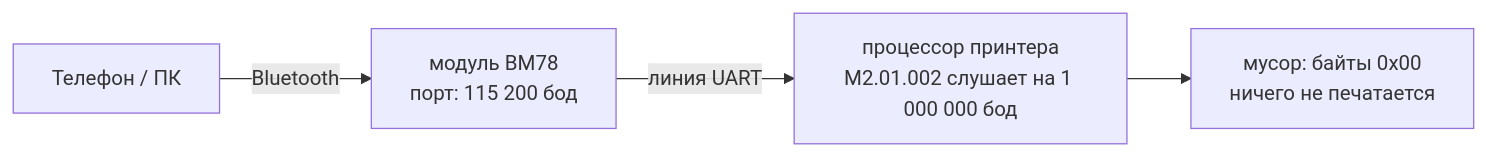
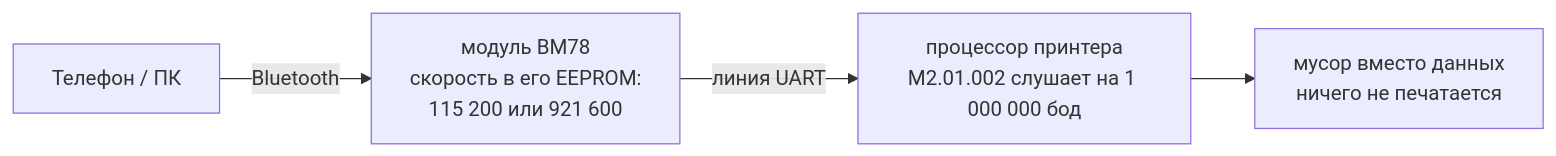
Before and after one commit to AndreyyB5/tsc-alpha-bluetooth-fix: the diagram in README.ru.md, drawn with Mermaid. The commit also changed other lines of this file and 16 other files, not shown here.

````diff
--- a/README.ru.md
+++ b/README.ru.md
@@ -33,6 +38,6 @@
 ```mermaid
 flowchart LR
-    A[Телефон / ПК] -- Bluetooth --> B["модуль BM78<br/>порт: 115 200 бод"]
+    A[Телефон / ПК] -- Bluetooth --> B["модуль BM78<br/>скорость в его EEPROM:<br/>115 200 или 921 600"]
     B -- "линия UART" --> C["процессор принтера<br/>M2.01.002 слушает на 1 000 000 бод"]
-    C --> D["мусор: байты 0x00<br/>ничего не печатается"]
+    C --> D["мусор вместо данных<br/>ничего не печатается"]
 ```
````
